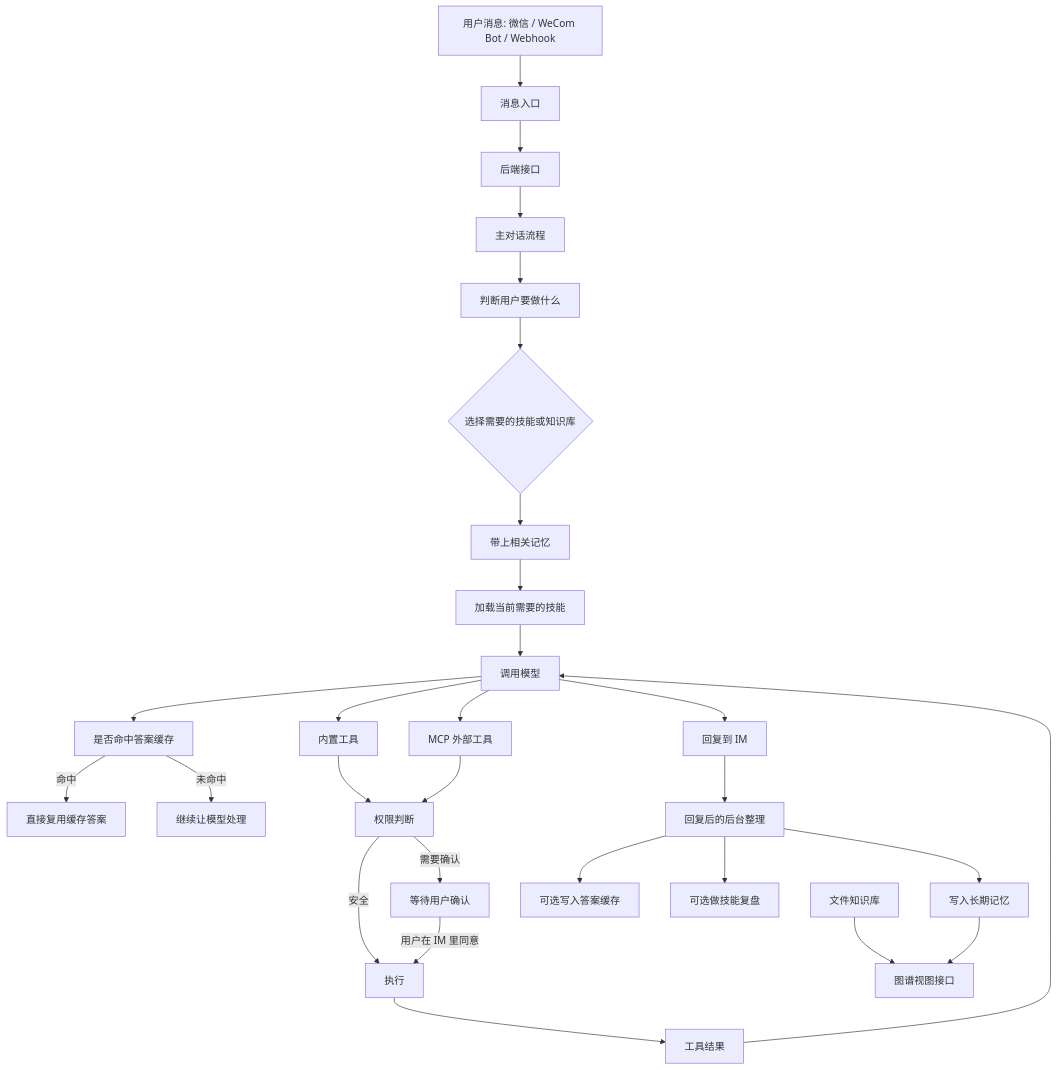
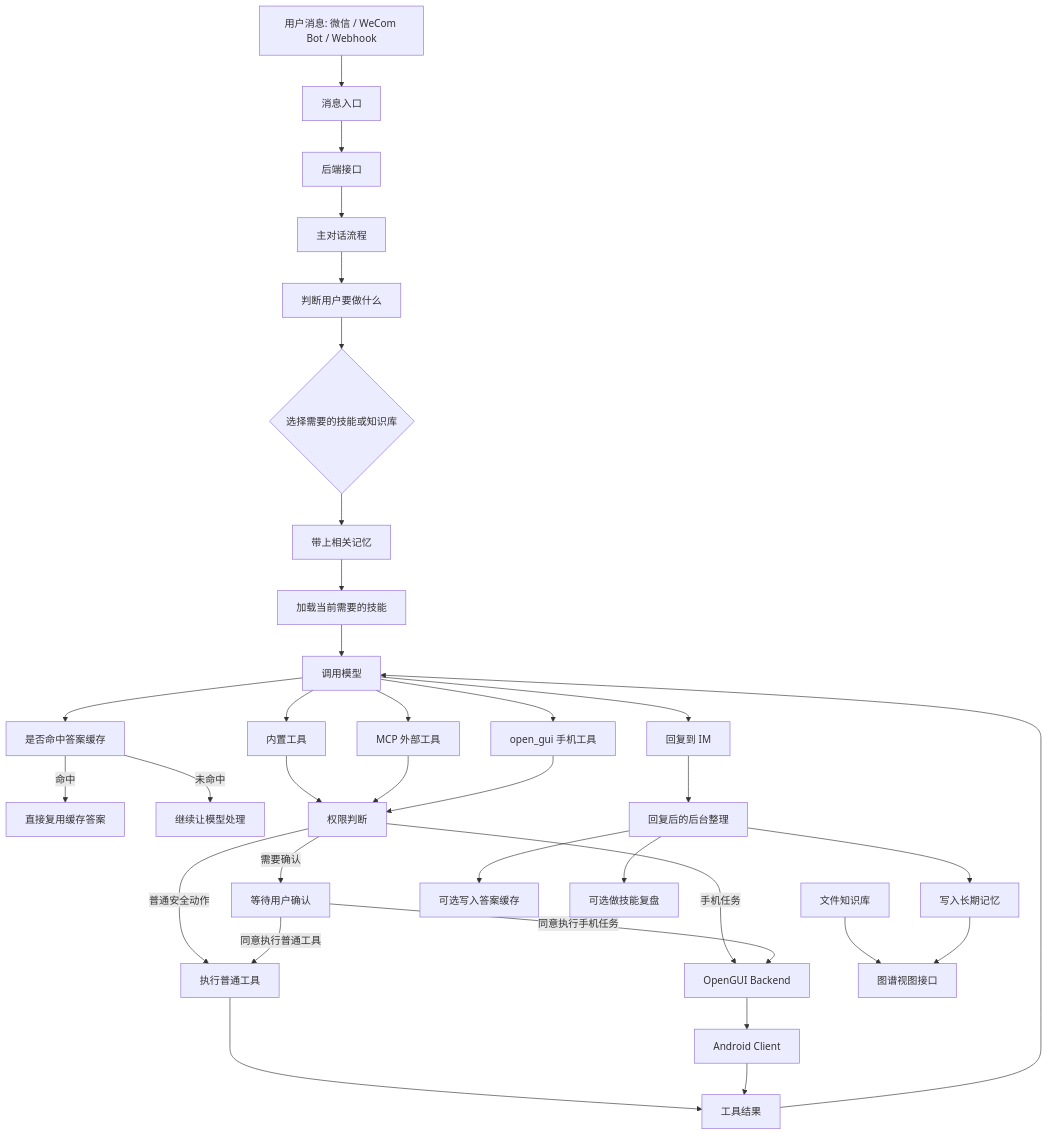
Before and after one commit to Kkkirito-123/ZLAgent: the diagram in README.md, drawn with Mermaid. The commit also changed other lines of this file and 37 other files, not shown here.

````diff
--- a/README.md
+++ b/README.md
@@ -289,36 +489,42 @@
 ```mermaid
 flowchart TD
     A[用户消息: 微信 / WeCom Bot / Webhook] --> B[消息入口]
     B --> C[后端接口]
     C --> D[主对话流程]
 
     D --> E[判断用户要做什么]
     E --> F{选择需要的技能或知识库}
     F --> G[带上相关记忆]
     G --> H[加载当前需要的技能]
     H --> I[调用模型]
 
     I --> J1[内置工具]
     I --> J2[MCP 外部工具]
     I --> J3[是否命中答案缓存]
+    I --> J4[open_gui 手机工具]
 
     J3 -->|命中| K[直接复用缓存答案]
     J3 -->|未命中| L[继续让模型处理]
 
     J1 --> M[权限判断]
     J2 --> M
-    M -->|安全| N[执行]
+    J4 --> M
+    M -->|普通安全动作| N[执行普通工具]
+    M -->|手机任务| OG[OpenGUI Backend]
     M -->|需要确认| O[等待用户确认]
-    O -->|用户在 IM 里同意| N
+    O -->|同意执行普通工具| N
+    O -->|同意执行手机任务| OG
     N --> P[工具结果]
+    OG --> AC[Android Client]
+    AC --> P
     P --> I
 
     I --> Q[回复到 IM]
     Q --> R[回复后的后台整理]
     R --> S1[写入长期记忆]
     R --> S2[可选写入答案缓存]
     R --> S3[可选做技能复盘]
 
     X[文件知识库] --> Y[图谱视图接口]
     S1 --> Y
 ```
````
